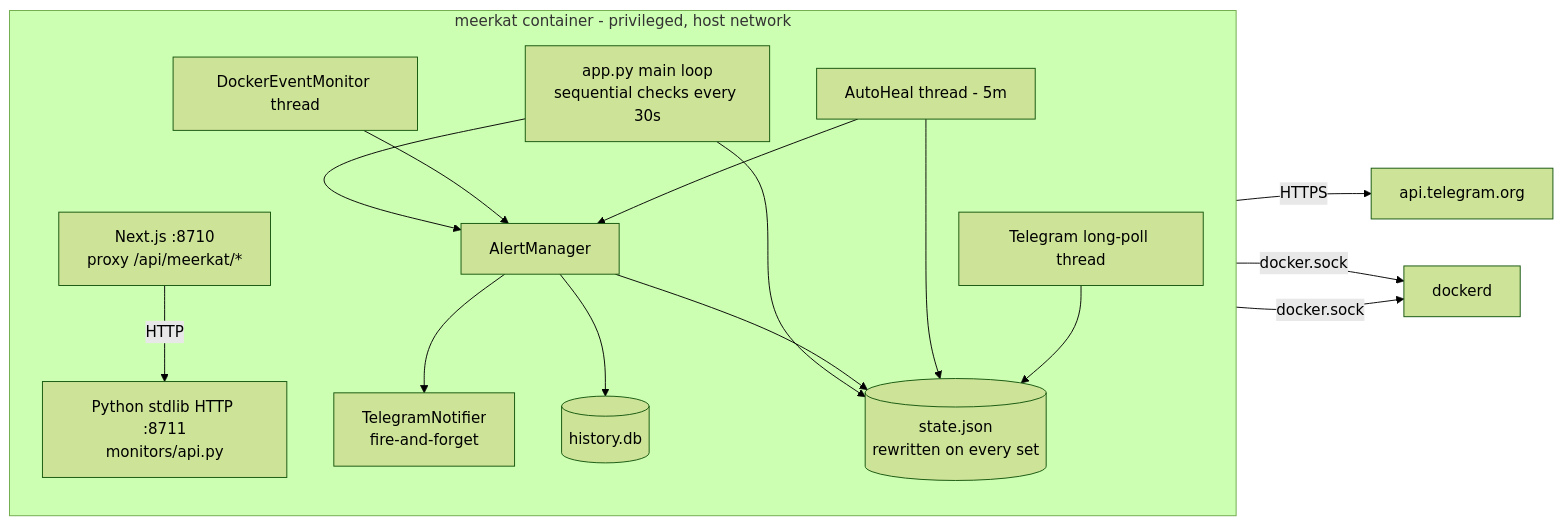
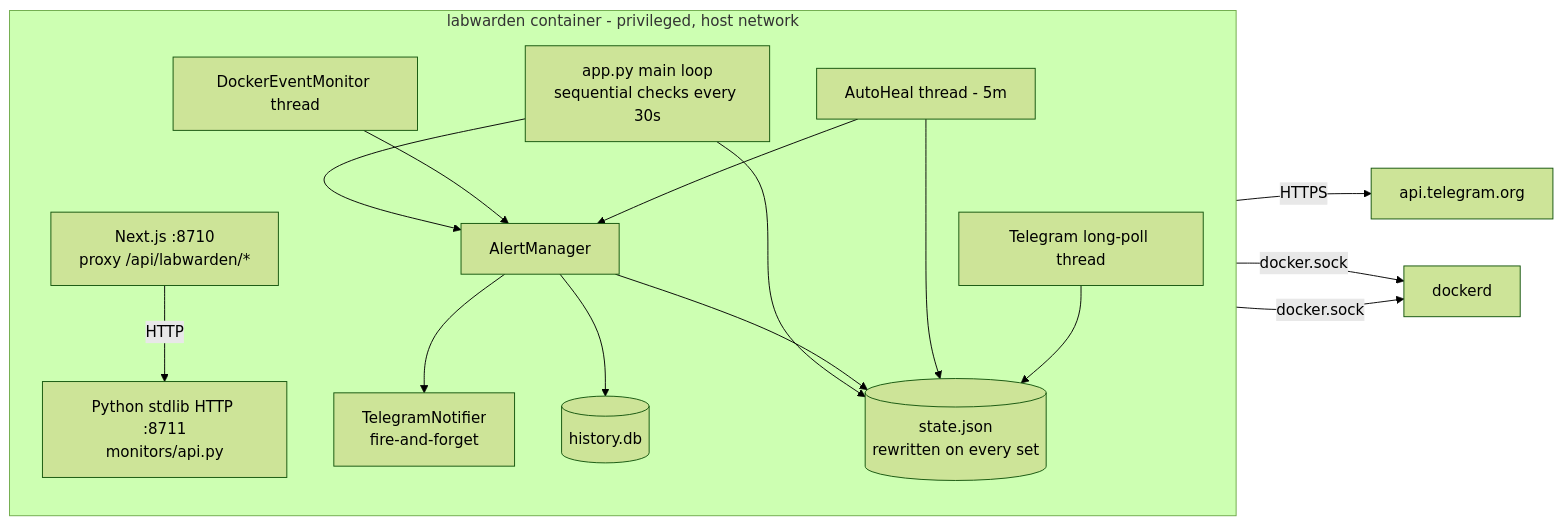
Before and after one commit to Xrg360/Sheltie: the first of 6 diagrams in docs/ARCHITECTURE.md, drawn with Mermaid (forest theme). The commit also changed other lines of this file and 11 other files, not shown here.

````diff
--- a/docs/ARCHITECTURE.md
+++ b/docs/ARCHITECTURE.md
@@ -15,20 +15,20 @@
 ```mermaid
 flowchart LR
-  subgraph Container["meerkat container - privileged, host network"]
+  subgraph Container["labwarden container - privileged, host network"]
     direction TB
-    NEXT["Next.js :8710<br/>proxy /api/meerkat/*"] -->|HTTP| API["Python stdlib HTTP :8711<br/>monitors/api.py"]
+    NEXT["Next.js :8710<br/>proxy /api/labwarden/*"] -->|HTTP| API["Python stdlib HTTP :8711<br/>monitors/api.py"]
     MAIN["app.py main loop<br/>sequential checks every 30s"] --> AM["AlertManager"]
     DOCK["DockerEventMonitor thread"] --> AM
     HEAL["AutoHeal thread - 5m"] --> AM
     CMD["Telegram long-poll thread"]
     AM --> TG["TelegramNotifier<br/>fire-and-forget"]
     AM --> HIST[("history.db")]
     MAIN --> STATE[("state.json<br/>rewritten on every set")]
     AM --> STATE
     HEAL --> STATE
     CMD --> STATE
   end
   TG -->|HTTPS| TAPI["api.telegram.org"]
   DOCK -->|docker.sock| DOCKERD["dockerd"]
   HEAL -->|docker.sock| DOCKERD
 ```
````
